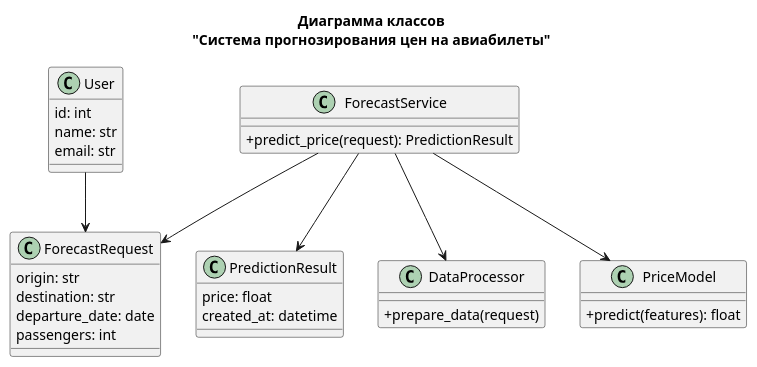
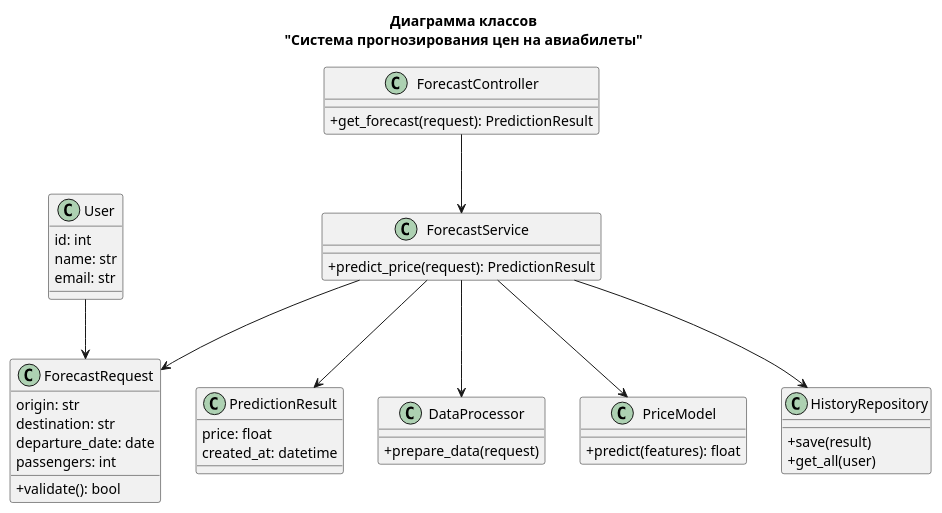
Before and after one commit to Mytyai/4-course: the diagram in spec-langs-8/lab2/code/classes.puml, drawn with PlantUML. The commit also changed 10 other files, not shown here.

```diff
--- a/spec-langs-8/lab2/code/classes.puml
+++ b/spec-langs-8/lab2/code/classes.puml
@@ -1,41 +1,53 @@
 @startuml
 title Диаграмма классов\n"Система прогнозирования цен на авиабилеты"
 skinparam classAttributeIconSize 0
 
 class User {
   id: int
   name: str
   email: str
 }
 
 class ForecastRequest {
   origin: str
   destination: str
   departure_date: date
   passengers: int
+  +validate(): bool
 }
 
 class PredictionResult {
   price: float
   created_at: datetime
+}
+
+class ForecastController {
+  +get_forecast(request): PredictionResult
 }
 
 class ForecastService {
   +predict_price(request): PredictionResult
 }
 
 class DataProcessor {
   +prepare_data(request)
 }
 
 class PriceModel {
   +predict(features): float
 }
 
+class HistoryRepository {
+  +save(result)
+  +get_all(user)
+}
+
 User --> ForecastRequest
+ForecastController --> ForecastService
 ForecastService --> ForecastRequest
 ForecastService --> DataProcessor
 ForecastService --> PriceModel
 ForecastService --> PredictionResult
+ForecastService --> HistoryRepository
 
 @enduml
```
